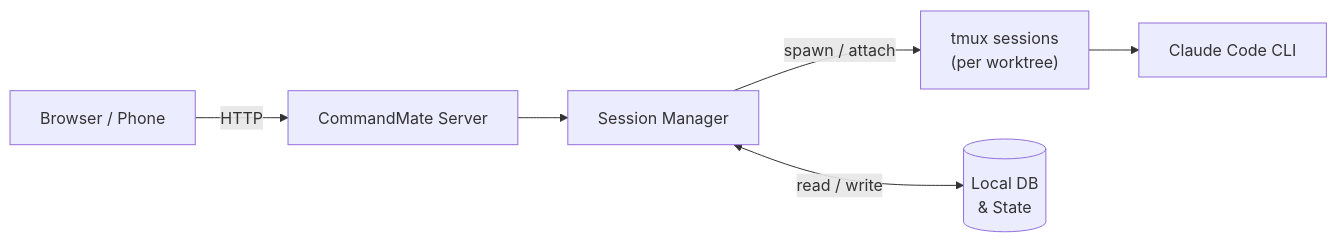
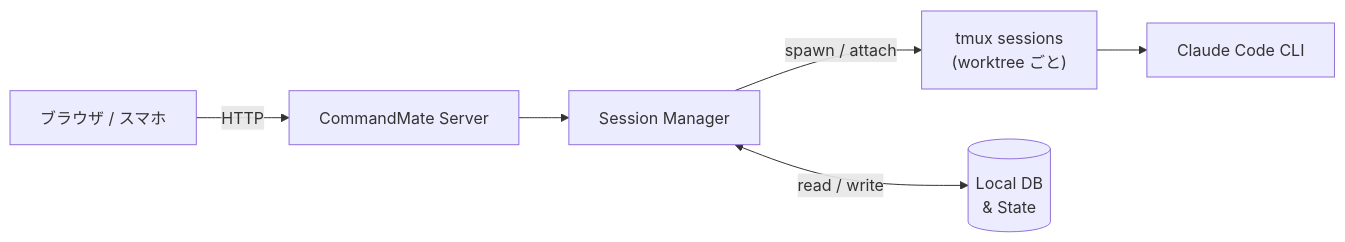
Before and after one commit to Kewton/CommandMate: the diagram in docs/ja/README.md, drawn with Mermaid. The commit also changed other lines of this file and 2 other files, not shown here.

````diff
--- a/docs/ja/README.md
+++ b/docs/ja/README.md
@@ -142,8 +115,8 @@
 ```mermaid
 flowchart LR
-    A["Browser / Phone"] -->|HTTP| B["CommandMate Server"]
+    A["ブラウザ / スマホ"] -->|HTTP| B["CommandMate Server"]
     B --> C["Session Manager"]
-    C -->|"spawn / attach"| D["tmux sessions<br/>(per worktree)"]
+    C -->|"spawn / attach"| D["tmux sessions\n(worktree ごと)"]
     D --> E["Claude Code CLI"]
-    C <-->|"read / write"| F[("Local DB<br/>& State")]
+    C <-->|"read / write"| F[("Local DB\n& State")]
 ```
````
